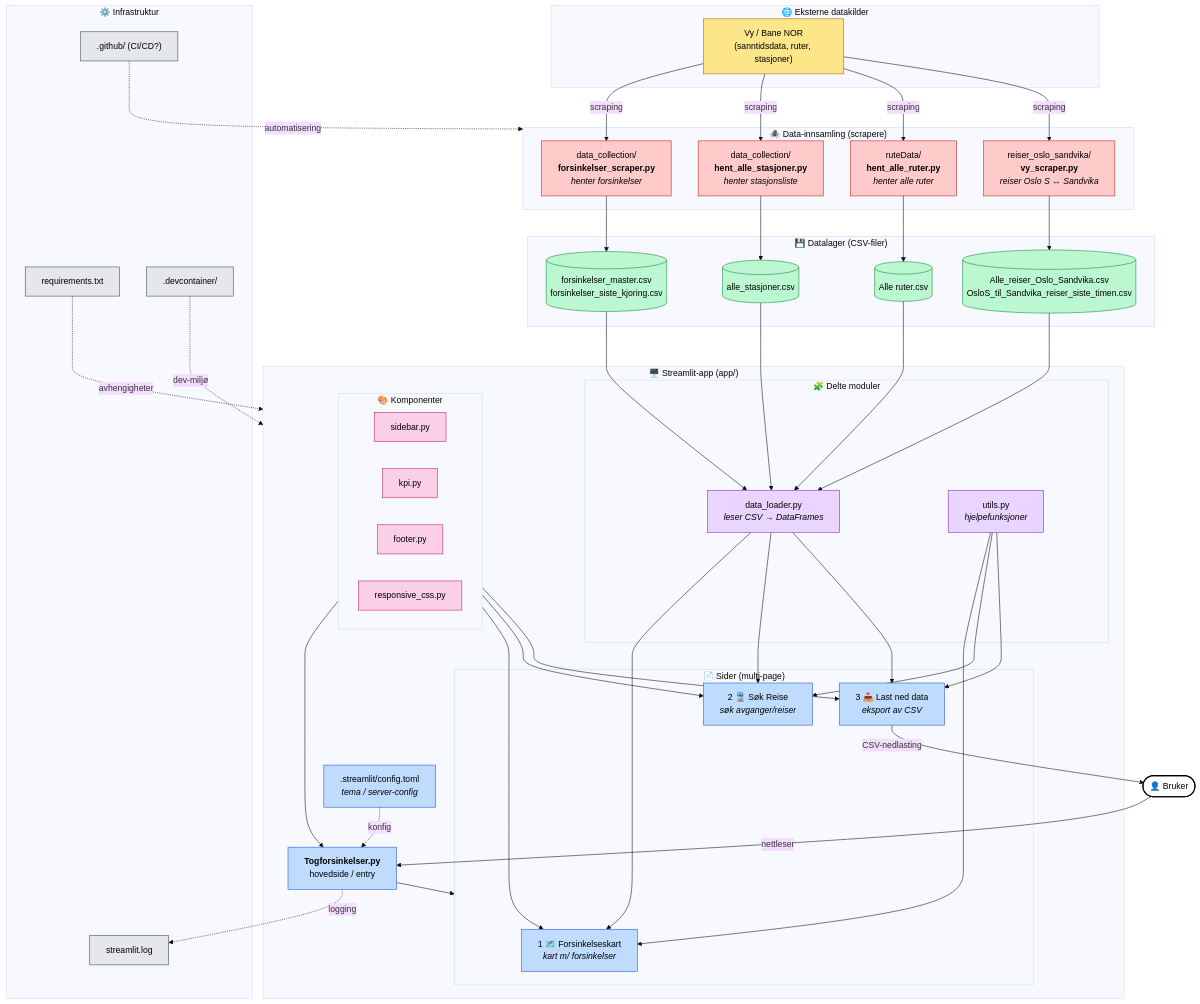
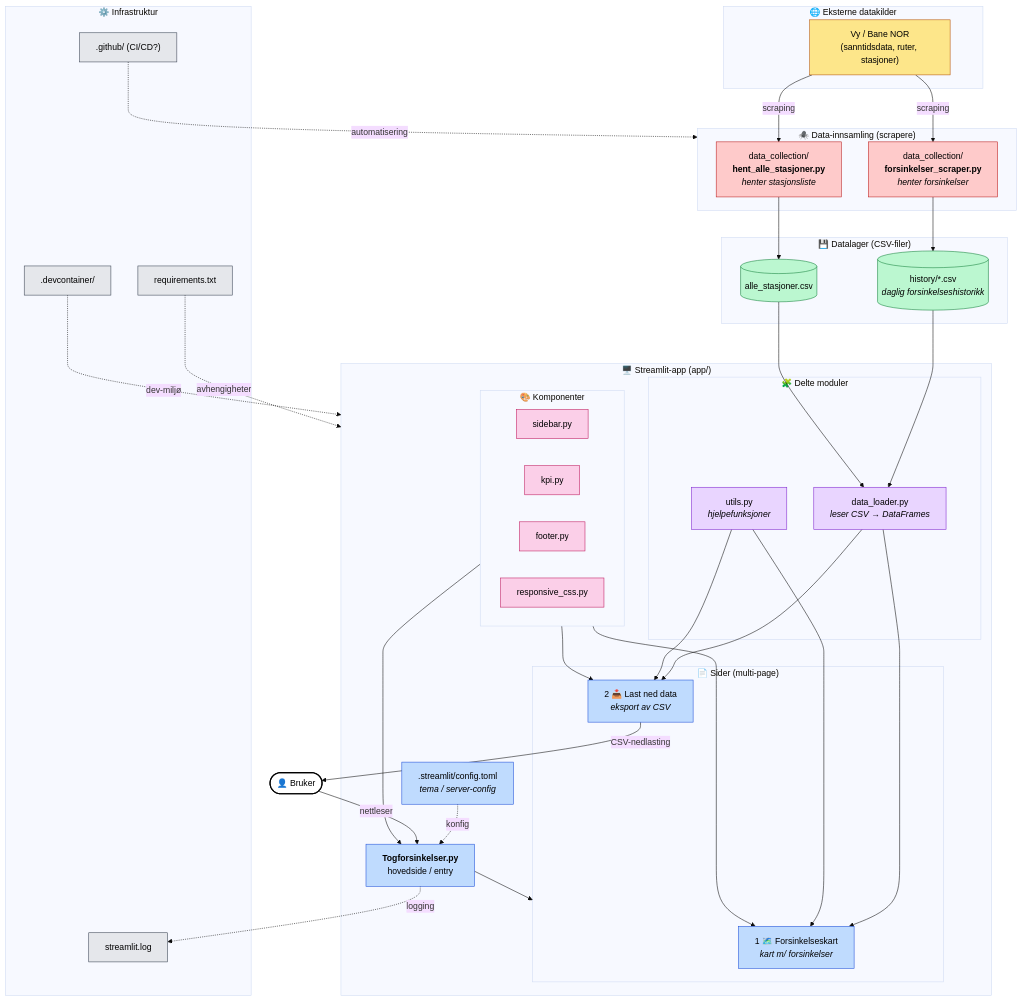
The diagram in togtider_overview.mermaid (simenoddenhansen/togtider), drawn with Mermaid (base theme) before and after one commit. The commit also changed 16 other files, not shown here.

```diff
--- a/togtider_overview.mermaid
+++ b/togtider_overview.mermaid
@@ -1,114 +1,100 @@
 graph TB
     %% ==== External data sources ====
     subgraph EXT["🌐 Eksterne datakilder"]
         VY["Vy / Bane NOR<br/>(sanntidsdata, ruter, stasjoner)"]
     end
 
     %% ==== Scrapers / data collection ====
     subgraph SCRAPE["🕷️ Data-innsamling (scrapere)"]
         SC1["data_collection/<br/><b>forsinkelser_scraper.py</b><br/><i>henter forsinkelser</i>"]
         SC2["data_collection/<br/><b>hent_alle_stasjoner.py</b><br/><i>henter stasjonsliste</i>"]
-        SC3["ruteData/<br/><b>hent_alle_ruter.py</b><br/><i>henter alle ruter</i>"]
-        SC4["reiser_oslo_sandvika/<br/><b>vy_scraper.py</b><br/><i>reiser Oslo S ↔ Sandvika</i>"]
     end
 
     %% ==== Data storage (CSV) ====
     subgraph DATA["💾 Datalager (CSV-filer)"]
-        D1[("forsinkelser_master.csv<br/>forsinkelser_siste_kjoring.csv")]
+        D1[("history/*.csv<br/><i>daglig forsinkelseshistorikk</i>")]
         D2[("alle_stasjoner.csv")]
-        D3[("Alle ruter.csv")]
-        D4[("Alle_reiser_Oslo_Sandvika.csv<br/>OsloS_til_Sandvika_reiser_siste_timen.csv")]
     end
 
     %% ==== Streamlit app ====
     subgraph APP["🖥️ Streamlit-app (app/)"]
         ENTRY["<b>Togforsinkelser.py</b><br/>hovedside / entry"]
 
         subgraph PAGES["📄 Sider (multi-page)"]
             P1["1 🗺️ Forsinkelseskart<br/><i>kart m/ forsinkelser</i>"]
-            P2["2 🚆 Søk Reise<br/><i>søk avganger/reiser</i>"]
-            P3["3 📥 Last ned data<br/><i>eksport av CSV</i>"]
+            P3["2 📥 Last ned data<br/><i>eksport av CSV</i>"]
         end
 
         subgraph SHARED["🧩 Delte moduler"]
             DL["data_loader.py<br/><i>leser CSV → DataFrames</i>"]
             UT["utils.py<br/><i>hjelpefunksjoner</i>"]
         end
 
         subgraph COMP["🎨 Komponenter"]
             C1["sidebar.py"]
             C2["kpi.py"]
             C3["footer.py"]
             C4["responsive_css.py"]
         end
 
         CFG[".streamlit/config.toml<br/><i>tema / server-config</i>"]
     end
 
     %% ==== Infra ====
     subgraph INFRA["⚙️ Infrastruktur"]
         REQ["requirements.txt"]
         DEV[".devcontainer/"]
         GHA[".github/ (CI/CD?)"]
         LOG["streamlit.log"]
     end
 
     %% ==== User ====
     USER(["👤 Bruker"])
 
     %% ==== Flows ====
     VY -->|"scraping"| SC1
     VY -->|"scraping"| SC2
-    VY -->|"scraping"| SC3
-    VY -->|"scraping"| SC4
 
     SC1 --> D1
     SC2 --> D2
-    SC3 --> D3
-    SC4 --> D4
 
     D1 --> DL
     D2 --> DL
-    D3 --> DL
-    D4 --> DL
 
     ENTRY --> PAGES
     DL --> P1
-    DL --> P2
     DL --> P3
     UT --> P1
-    UT --> P2
     UT --> P3
 
     COMP --> ENTRY
     COMP --> P1
-    COMP --> P2
     COMP --> P3
     CFG -.konfig.-> ENTRY
 
     USER -->|"nettleser"| ENTRY
     P3 -->|"CSV-nedlasting"| USER
 
     REQ -.avhengigheter.-> APP
     DEV -.dev-miljø.-> APP
     GHA -.automatisering.-> SCRAPE
     ENTRY -.logging.-> LOG
 
     %% ==== Styling ====
     classDef ext fill:#fde68a,stroke:#b45309,color:#000
     classDef scrape fill:#fecaca,stroke:#b91c1c,color:#000
     classDef data fill:#bbf7d0,stroke:#15803d,color:#000
     classDef app fill:#bfdbfe,stroke:#1d4ed8,color:#000
     classDef shared fill:#e9d5ff,stroke:#7e22ce,color:#000
     classDef comp fill:#fbcfe8,stroke:#be185d,color:#000
     classDef infra fill:#e5e7eb,stroke:#374151,color:#000
     classDef user fill:#fff,stroke:#000,stroke-width:2px,color:#000
 
     class VY ext
-    class SC1,SC2,SC3,SC4 scrape
-    class D1,D2,D3,D4 data
-    class ENTRY,P1,P2,P3,CFG app
+    class SC1,SC2 scrape
+    class D1,D2 data
+    class ENTRY,P1,P3,CFG app
     class DL,UT shared
     class C1,C2,C3,C4 comp
     class REQ,DEV,GHA,LOG infra
     class USER user
```
